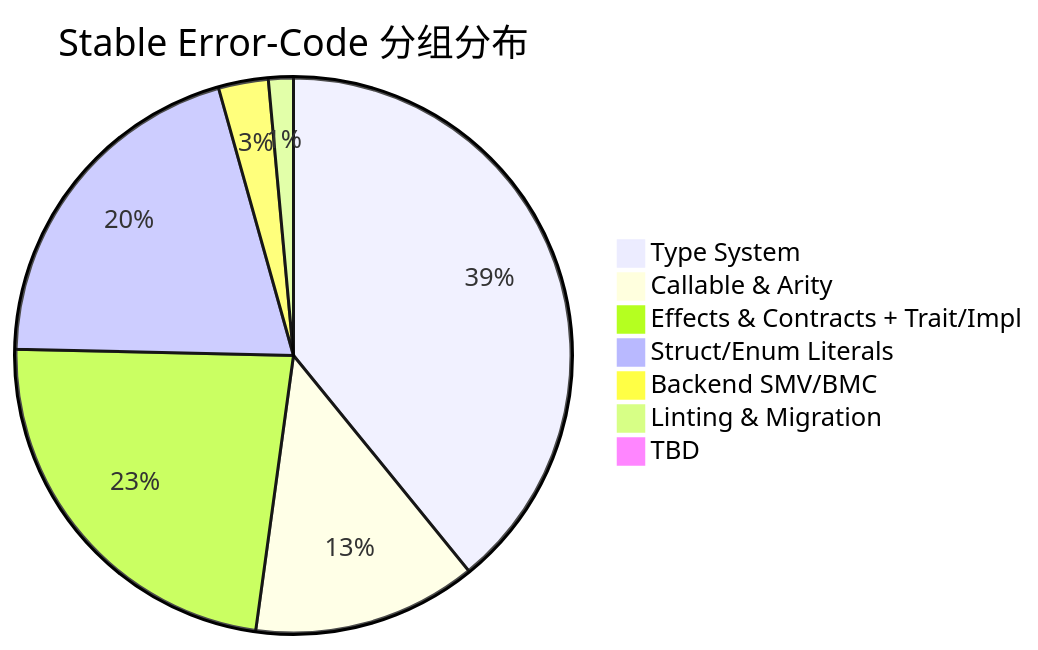
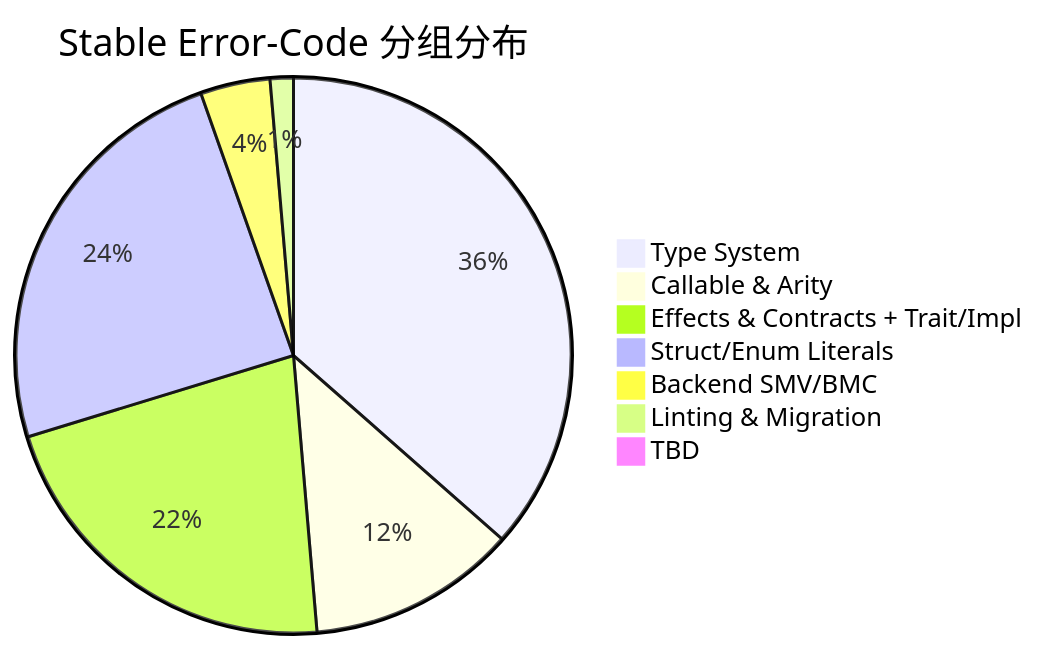
One commit to Zzzode/AHFL changed the diagram in docs/reference/error-codes.zh.md. Above: the diagram before and after it, drawn with Mermaid. The commit also changed other lines of this file, not shown here.

````diff
--- a/docs/reference/error-codes.zh.md
+++ b/docs/reference/error-codes.zh.md
@@ -14,10 +14,10 @@
 ```mermaid
 pie title Stable Error-Code 分组分布
     "Type System" : 27
     "Callable & Arity" : 9
     "Effects & Contracts + Trait/Impl" : 16
-    "Struct/Enum Literals" : 14
-    "Backend SMV/BMC" : 2
+    "Struct/Enum Literals" : 18
+    "Backend SMV/BMC" : 3
     "Linting & Migration" : 1
     "TBD" : 0
 ```
````
